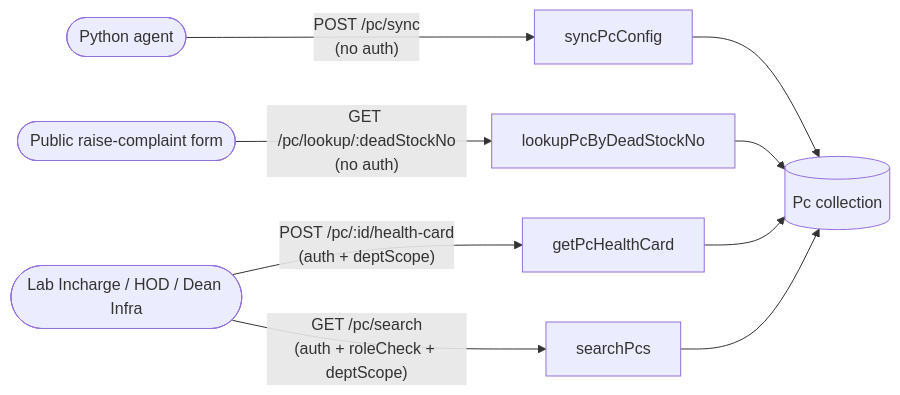
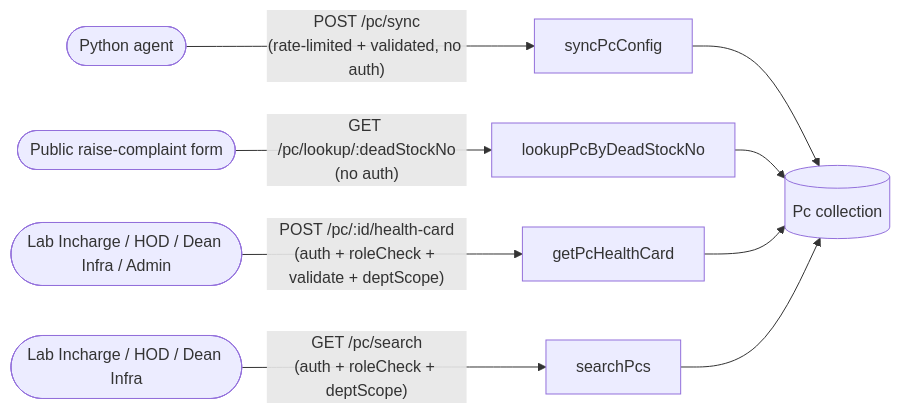
Before and after one commit to Codewith-soham/LabMon: the diagram in backend/docs/pc-module.md, drawn with Mermaid. The commit also changed other lines of this file and 2 other files, not shown here.

Commit message:
feat: update middleware documentation; add rate limiting and validation details for PC module endpoints

````diff
--- a/backend/docs/pc-module.md
+++ b/backend/docs/pc-module.md
@@ -7,11 +7,11 @@
 ```mermaid
 flowchart LR
-    Agent(["Python agent"]) -->|"POST /pc/sync\n(no auth)"| Sync["syncPcConfig"]
+    Agent(["Python agent"]) -->|"POST /pc/sync\n(rate-limited + validated, no auth)"| Sync["syncPcConfig"]
     Public(["Public raise-complaint form"]) -->|"GET /pc/lookup/:deadStockNo\n(no auth)"| Lookup["lookupPcByDeadStockNo"]
-    Staff(["Lab Incharge / HOD / Dean Infra"]) -->|"POST /pc/:id/health-card\n(auth + deptScope)"| Health["getPcHealthCard"]
-    Staff -->|"GET /pc/search\n(auth + roleCheck + deptScope)"| Search["searchPcs"]
+    Staff(["Lab Incharge / HOD / Dean Infra / Admin"]) -->|"POST /pc/:id/health-card\n(auth + roleCheck + validate + deptScope)"| Health["getPcHealthCard"]
+    Staff2(["Lab Incharge / HOD / Dean Infra"]) -->|"GET /pc/search\n(auth + roleCheck + deptScope)"| Search["searchPcs"]
     Sync --> DB[("Pc collection")]
     Lookup --> DB
     Health --> DB
     Search --> DB
 ```
````
